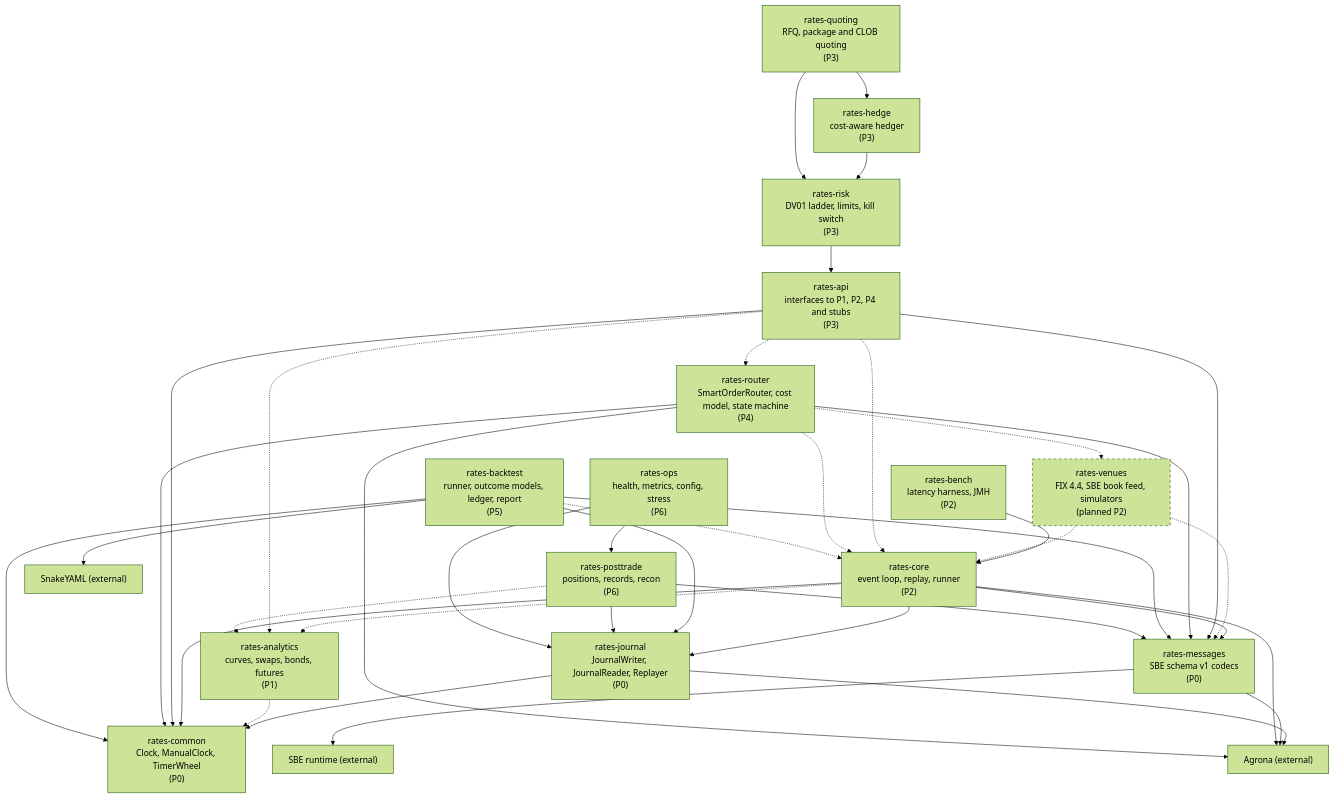
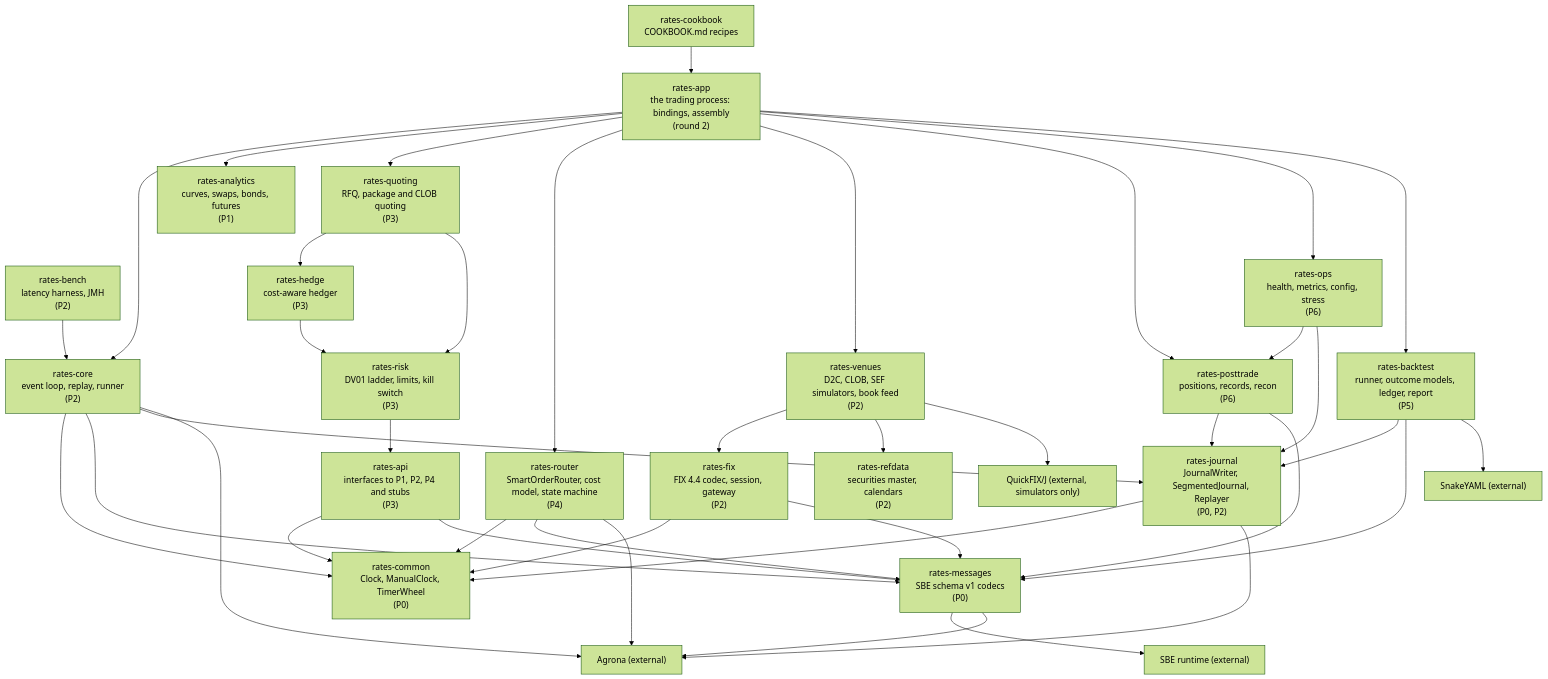
Before and after one commit to AshJha0/rates-algo-trading: the diagram in docs/diagrams/module_deps.mmd, drawn with Mermaid (forest theme). The commit also changed 22 other files, not shown here.

Commit message:
wip(app): docs, deploy, recipe 22 and SpotBugs fixes for the trading process

```diff
--- a/docs/diagrams/module_deps.mmd
+++ b/docs/diagrams/module_deps.mmd
@@ -1,62 +1,66 @@
 graph TD
   common["rates-common<br/>Clock, ManualClock, TimerWheel<br/>(P0)"]
   messages["rates-messages<br/>SBE schema v1 codecs<br/>(P0)"]
-  journal["rates-journal<br/>JournalWriter, JournalReader, Replayer<br/>(P0)"]
+  journal["rates-journal<br/>JournalWriter, SegmentedJournal, Replayer<br/>(P0, P2)"]
   agrona["Agrona (external)"]
   sbe["SBE runtime (external)"]
+  quickfixj["QuickFIX/J (external, simulators only)"]
+  snakeyaml["SnakeYAML (external)"]
 
   analytics["rates-analytics<br/>curves, swaps, bonds, futures<br/>(P1)"]
   core["rates-core<br/>event loop, replay, runner<br/>(P2)"]
   bench["rates-bench<br/>latency harness, JMH<br/>(P2)"]
-  venues["rates-venues<br/>FIX 4.4, SBE book feed, simulators<br/>(planned P2)"]
+  refdata["rates-refdata<br/>securities master, calendars<br/>(P2)"]
+  fix["rates-fix<br/>FIX 4.4 codec, session, gateway<br/>(P2)"]
+  venues["rates-venues<br/>D2C, CLOB, SEF simulators, book feed<br/>(P2)"]
   api["rates-api<br/>interfaces to P1, P2, P4 and stubs<br/>(P3)"]
   quoting["rates-quoting<br/>RFQ, package and CLOB quoting<br/>(P3)"]
   risk["rates-risk<br/>DV01 ladder, limits, kill switch<br/>(P3)"]
   hedge["rates-hedge<br/>cost-aware hedger<br/>(P3)"]
   router["rates-router<br/>SmartOrderRouter, cost model, state machine<br/>(P4)"]
   backtest["rates-backtest<br/>runner, outcome models, ledger, report<br/>(P5)"]
-  snakeyaml["SnakeYAML (external)"]
   posttrade["rates-posttrade<br/>positions, records, recon<br/>(P6)"]
   ops["rates-ops<br/>health, metrics, config, stress<br/>(P6)"]
+  app["rates-app<br/>the trading process: bindings, assembly<br/>(round 2)"]
+  cookbook["rates-cookbook<br/>COOKBOOK.md recipes"]
 
   journal --> common
   journal --> agrona
   messages --> sbe
   messages --> agrona
-
-  analytics -.-> common
   core --> common
   core --> messages
   core --> journal
   core --> agrona
   bench --> core
-  core -.-> analytics
-  venues -.-> messages
-  venues -.-> core
+  fix --> common
+  fix --> messages
+  venues --> fix
+  venues --> refdata
+  venues --> quickfixj
   api --> common
   api --> messages
   risk --> api
   hedge --> risk
   quoting --> hedge
   quoting --> risk
-  api -.-> analytics
-  api -.-> core
-  api -.-> router
   router --> common
   router --> messages
   router --> agrona
-  router -.-> core
-  router -.-> venues
   backtest --> journal
   backtest --> messages
-  backtest --> common
   backtest --> snakeyaml
-  backtest -.-> core
   posttrade --> journal
   posttrade --> messages
-  posttrade -.-> analytics
   ops --> posttrade
   ops --> journal
 
-  classDef planned stroke-dasharray: 5 5
-  class venues planned
+  app --> core
+  app --> analytics
+  app --> quoting
+  app --> router
+  app --> venues
+  app --> posttrade
+  app --> ops
+  app --> backtest
+  cookbook --> app
```
